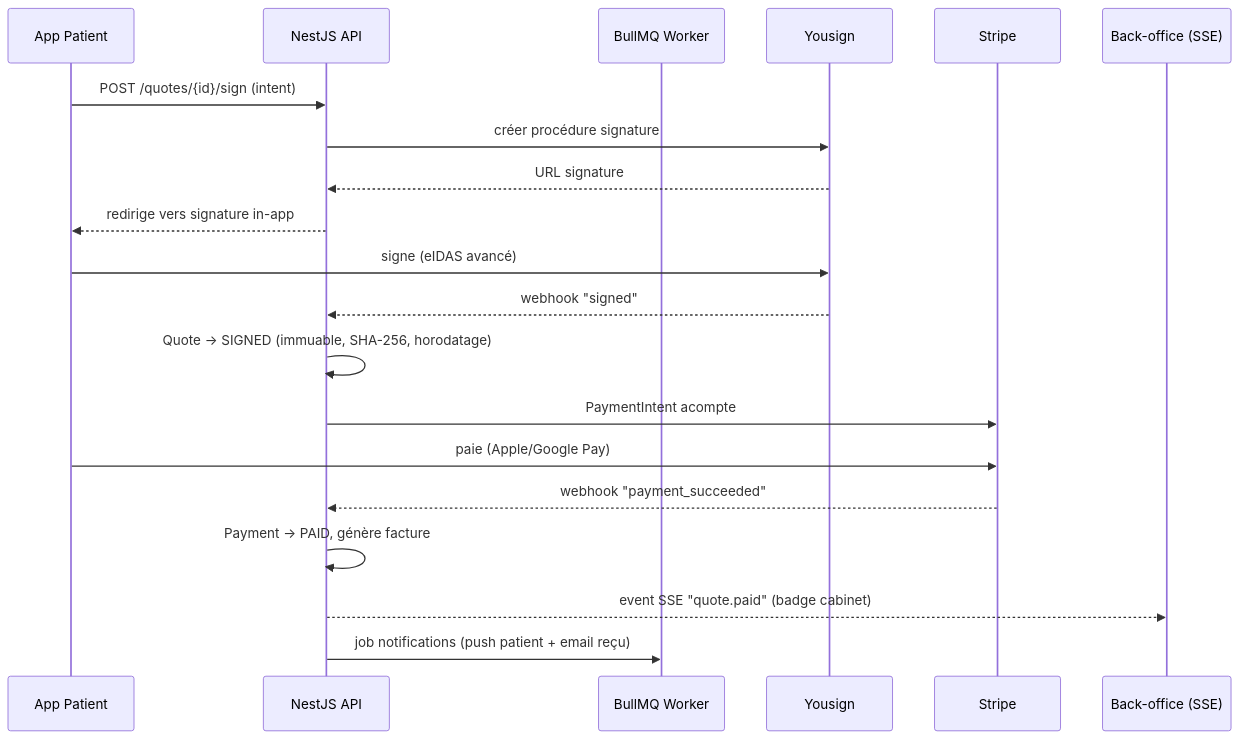
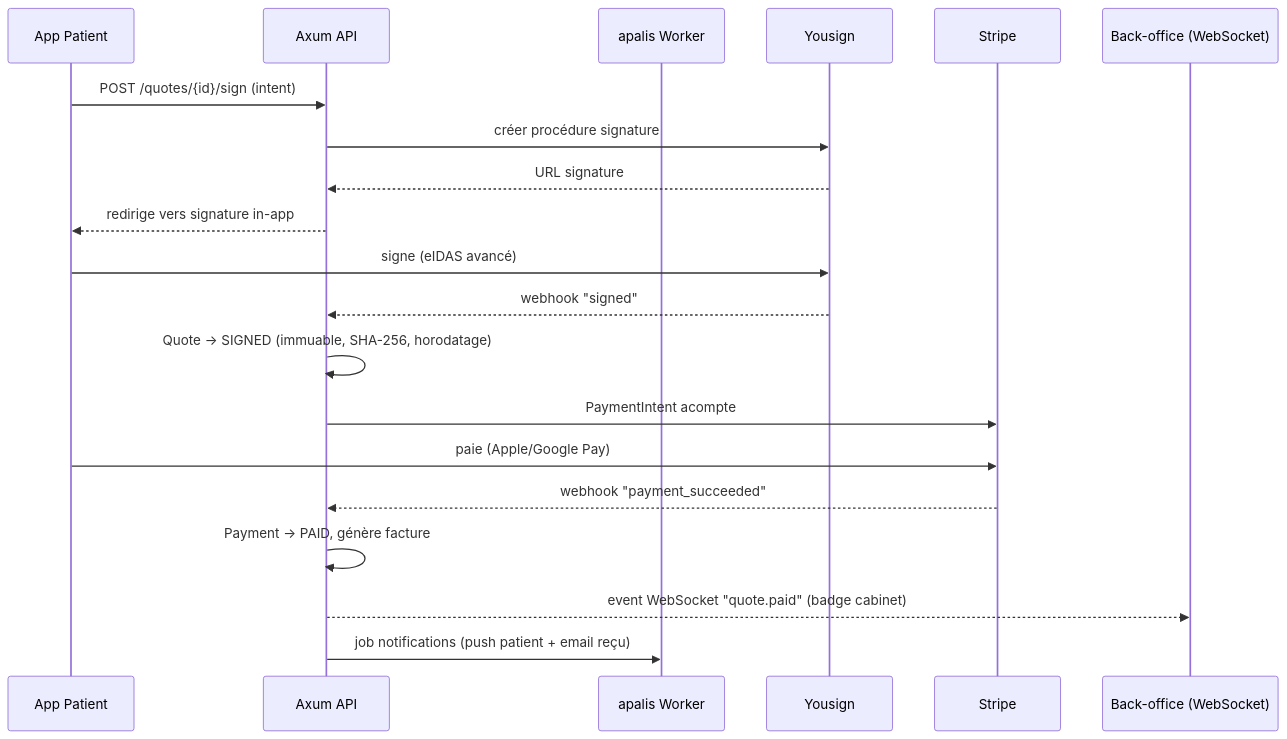
One commit to jipspaul/nubiadoc changed the third of 3 diagrams in docs/04-architecture.md. Above: the diagram before and after it, drawn with Mermaid. The commit also changed other lines of this file and 18 other files, not shown here.

````diff
--- a/docs/04-architecture.md
+++ b/docs/04-architecture.md
@@ -159,23 +161,23 @@
 ```mermaid
 sequenceDiagram
     participant Pat as App Patient
-    participant API as NestJS API
-    participant Q as BullMQ Worker
+    participant API as Axum API
+    participant Q as apalis Worker
     participant YS as Yousign
     participant ST as Stripe
-    participant BO as Back-office (SSE)
+    participant BO as Back-office (WebSocket)
 
     Pat->>API: POST /quotes/{id}/sign (intent)
     API->>YS: créer procédure signature
     YS-->>API: URL signature
     API-->>Pat: redirige vers signature in-app
     Pat->>YS: signe (eIDAS avancé)
     YS-->>API: webhook "signed"
     API->>API: Quote -> SIGNED (immuable, SHA-256, horodatage)
     API->>ST: PaymentIntent acompte
     Pat->>ST: paie (Apple/Google Pay)
     ST-->>API: webhook "payment_succeeded"
     API->>API: Payment -> PAID, génère facture
-    API-->>BO: event SSE "quote.paid" (badge cabinet)
+    API-->>BO: event WebSocket "quote.paid" (badge cabinet)
     API->>Q: job notifications (push patient + email reçu)
 ```
````
